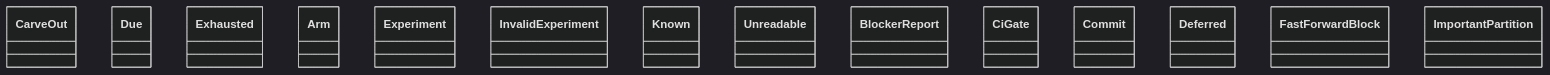
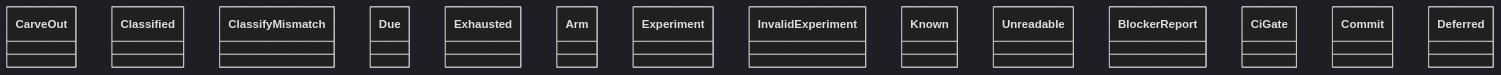
Before and after one commit to GonzaloZevallos/agentic-system: the diagram in docs/architecture/generated/classes-process-domain-state-1.md, drawn with Mermaid (dark theme). The commit also changed 18 other files, not shown here.

Commit message:
Add classify, the drawing_checks record and its persistence, and regenerate the architecture docs

````diff
--- a/docs/architecture/generated/classes-process-domain-state-1.md
+++ b/docs/architecture/generated/classes-process-domain-state-1.md
@@ -30,17 +30,17 @@
 ```mermaid
 classDiagram
     class carve_out__CarveOut["CarveOut"]
+    class drawing_answer__Classified["Classified"]
+    class drawing_answer__ClassifyMismatch["ClassifyMismatch"]
     class drawing_answer__Due["Due"]
     class drawing_answer__Exhausted["Exhausted"]
     class experiment__Arm["Arm"]
     class experiment__Experiment["Experiment"]
     class experiment__InvalidExperiment["InvalidExperiment"]
     class lead_time__Known["Known"]
     class lead_time__Unreadable["Unreadable"]
     class rules__BlockerReport["BlockerReport"]
     class rules__CiGate["CiGate"]
     class rules__Commit["Commit"]
     class rules__Deferred["Deferred"]
-    class rules__FastForwardBlock["FastForwardBlock"]
-    class rules__ImportantPartition["ImportantPartition"]
 ```
````
